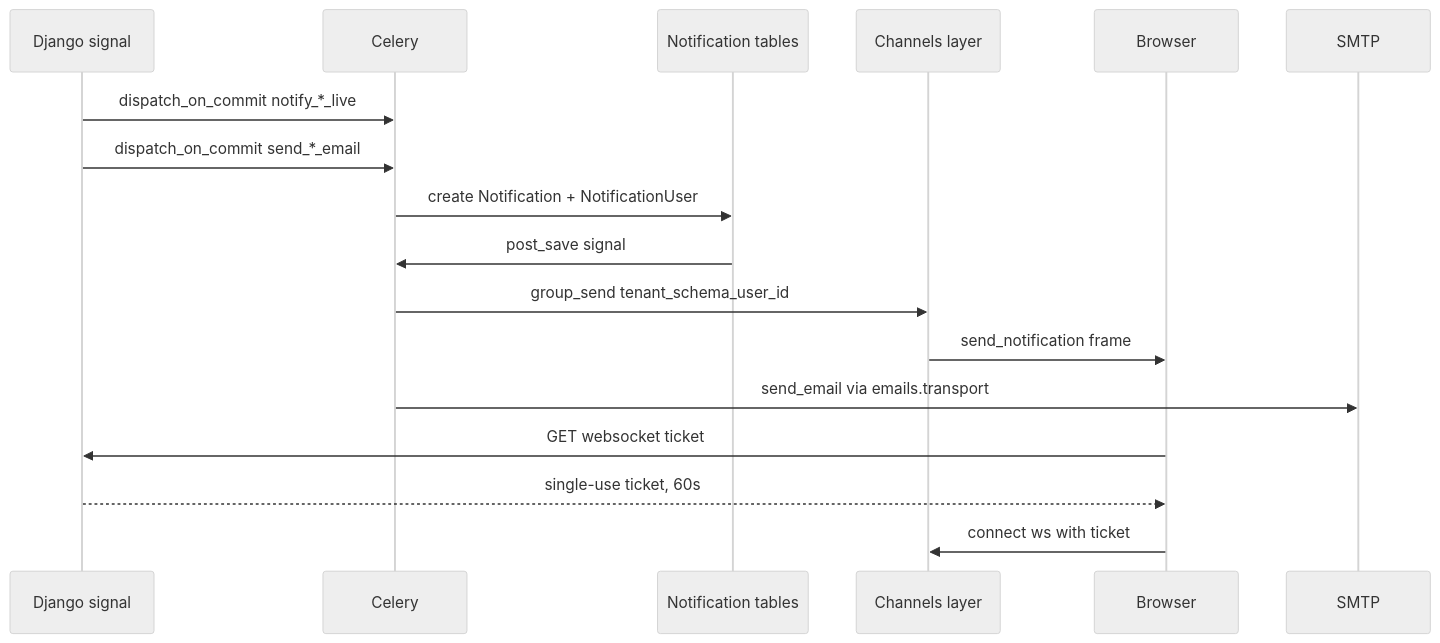
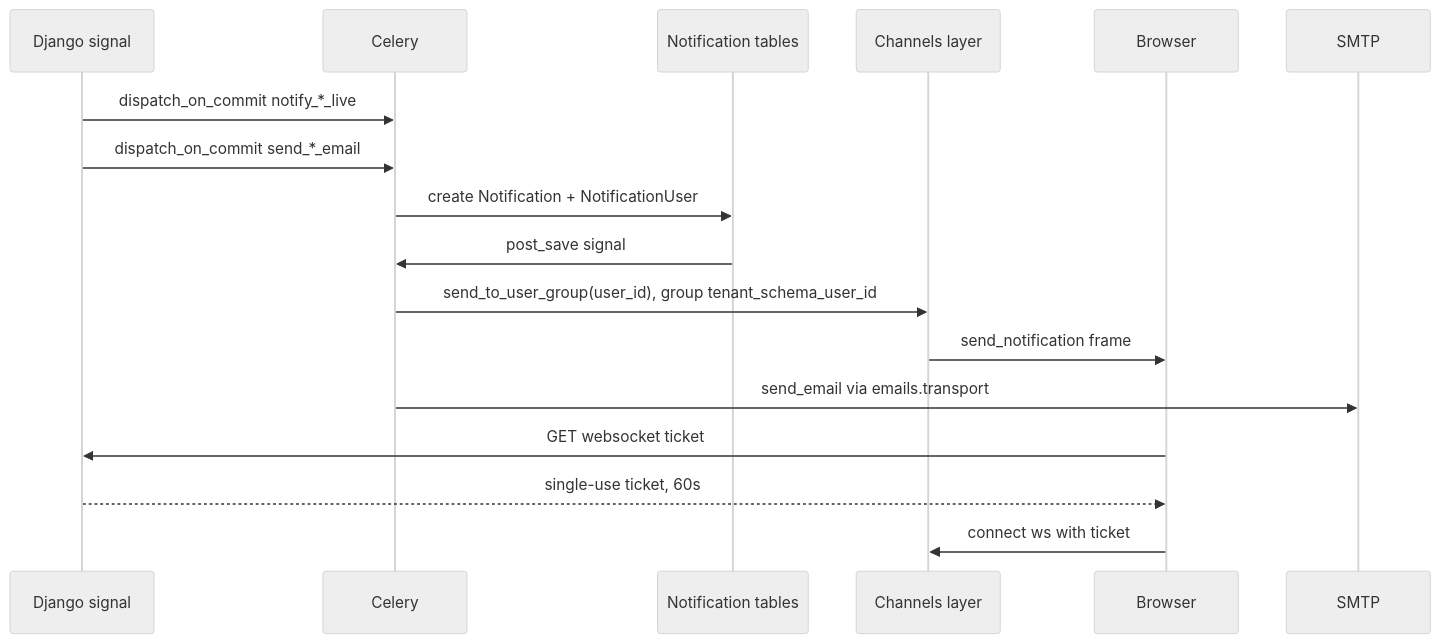
One commit to vasilistotskas/grooveshop-docs changed the diagram in src/dev/flows/notifications-and-email.md. Above: the diagram before and after it, drawn with Mermaid (neutral theme). The commit also changed other lines of this file and 22 other files, not shown here.

````diff
--- a/src/dev/flows/notifications-and-email.md
+++ b/src/dev/flows/notifications-and-email.md
@@ -26,20 +26,20 @@
 ```mermaid
 sequenceDiagram
   participant D as Django signal
   participant Q as Celery
   participant DB as Notification tables
   participant CL as Channels layer
   participant B as Browser
   participant M as SMTP
 
   D->>Q: dispatch_on_commit notify_*_live
   D->>Q: dispatch_on_commit send_*_email
   Q->>DB: create Notification + NotificationUser
   DB->>Q: post_save signal
-  Q->>CL: group_send tenant_schema_user_id
+  Q->>CL: send_to_user_group(user_id), group tenant_schema_user_id
   CL->>B: send_notification frame
   Q->>M: send_email via emails.transport
   B->>D: GET websocket ticket
   D-->>B: single-use ticket, 60s
   B->>CL: connect ws with ticket
 ```
````
